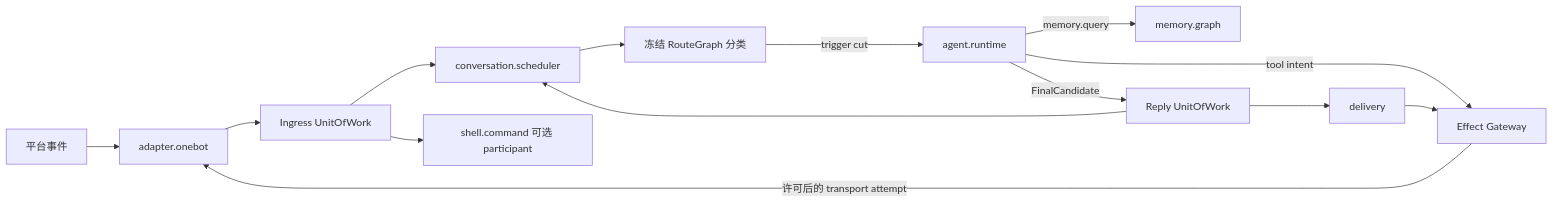
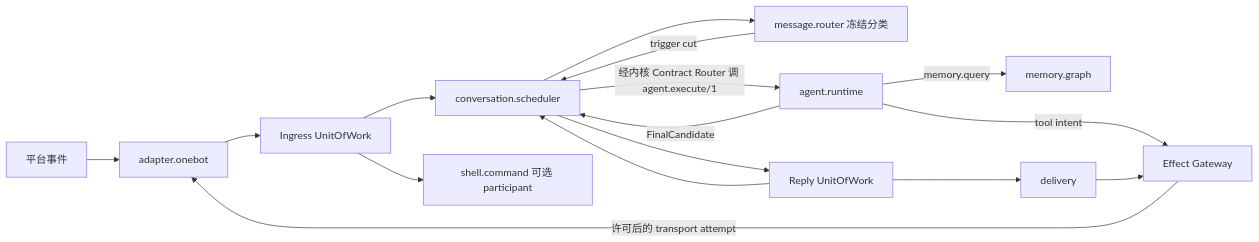
The diagram in doc/00-architecture-contract.md (sjrsjz/forest), drawn with Mermaid before and after one commit. The commit also changed 5 other files, not shown here.

````diff
--- a/doc/00-architecture-contract.md
+++ b/doc/00-architecture-contract.md
@@ -58,16 +58,18 @@
 ```mermaid
 flowchart LR
   P[平台事件] --> A[adapter.onebot]
   A --> U1[Ingress UnitOfWork]
   U1 --> C[conversation.scheduler]
   U1 --> S[shell.command 可选 participant]
-  C --> R[冻结 RouteGraph 分类]
-  R -->|trigger cut| G[agent.runtime]
+  C --> R[message.router 冻结分类]
+  R -->|trigger cut| C
+  C -->|经内核 Contract Router 调 agent.execute/1| G[agent.runtime]
   G -->|memory.query| M[memory.graph]
   G -->|tool intent| E[Effect Gateway]
-  G -->|FinalCandidate| U2[Reply UnitOfWork]
+  G -->|FinalCandidate| C
+  C --> U2[Reply UnitOfWork]
   U2 --> C
   U2 --> D[delivery]
   D --> E
   E -->|许可后的 transport attempt| A
 ```
````
